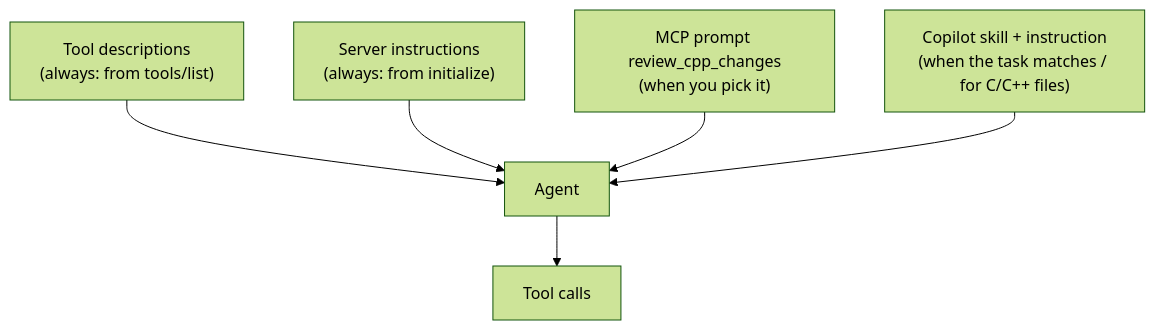
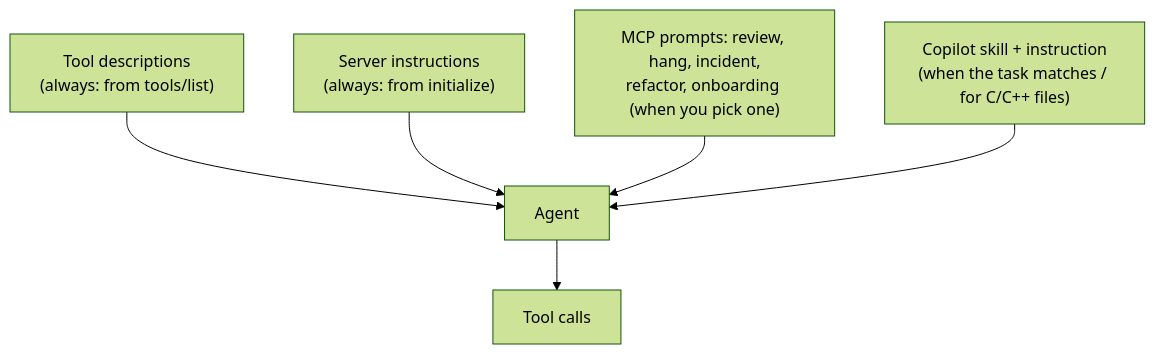
Before and after one commit to rashmirrout/StaticSight: the diagram in docs/book/10-using-it-with-ai.md, drawn with Mermaid (forest theme). The commit also changed other lines of this file and 174 other files, not shown here.

Commit message:
Expand code intelligence tools and improve cross-platform reliability 	- Add graph analysis, change planning, and finding verification tools       	- Add embedding model selection and improve Windows path and IPv6 handling 	- Expand documentation, fixtures, and Python/TypeScript parity coverage

````diff
--- a/docs/book/10-using-it-with-ai.md
+++ b/docs/book/10-using-it-with-ai.md
@@ -14,8 +14,8 @@
 ```mermaid
 flowchart TB
     A["Tool descriptions<br/>(always: from tools/list)"] --> Agent
     B["Server instructions<br/>(always: from initialize)"] --> Agent
-    C["MCP prompt review_cpp_changes<br/>(when you pick it)"] --> Agent
+    C["MCP prompts: review, hang, incident,<br/>refactor, onboarding (when you pick one)"] --> Agent
     D["Copilot skill + instruction<br/>(when the task matches / for C/C++ files)"] --> Agent
     Agent --> T[Tool calls]
 ```
````
